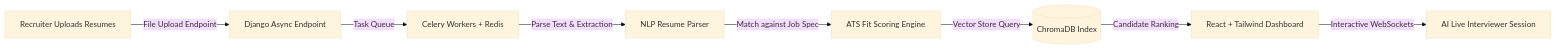
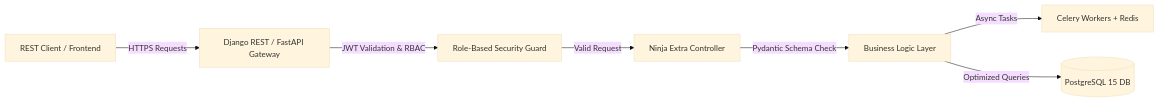
The second of 4 diagrams in README.md (sridhar8910/sridhar8910), drawn with Mermaid (base theme) before and after one commit. The commit also changed other lines of this file, not shown here.

Commit message:
docs: add dynamic multi-stream recruiter matrix and role-specific architecture flowcharts to README

````diff
--- a/README.md
+++ b/README.md
@@ -59,10 +95,9 @@
 ```mermaid
 flowchart LR
-    A[Recruiter Uploads Resumes] -->|File Upload Endpoint| B[Django Async Endpoint]
-    B -->|Task Queue| C[Celery Workers + Redis]
-    C -->|Parse Text & Extraction| D[NLP Resume Parser]
-    D -->|Match against Job Spec| E[ATS Fit Scoring Engine]
-    E -->|Vector Store Query| F[(ChromaDB Index)]
-    F -->|Candidate Ranking| G[React + Tailwind Dashboard]
-    G -->|Interactive WebSockets| H[AI Live Interviewer Session]
+    Client[REST Client / Frontend] -->|HTTPS Requests| Gateway[Django REST / FastAPI Gateway]
+    Gateway -->|JWT Validation & RBAC| Auth[Role-Based Security Guard]
+    Auth -->|Valid Request| Router[Ninja Extra Controller]
+    Router -->|Pydantic Schema Check| Service[Business Logic Layer]
+    Service -->|Async Tasks| Celery[Celery Workers + Redis]
+    Service -->|Optimized Queries| DB[(PostgreSQL 15 DB)]
 ```
````
